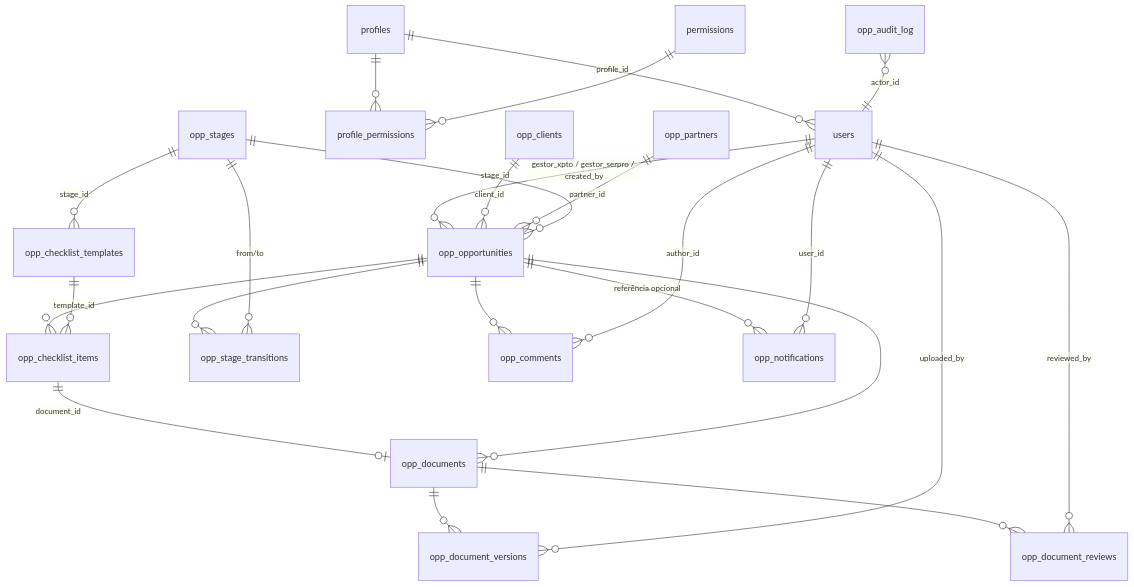
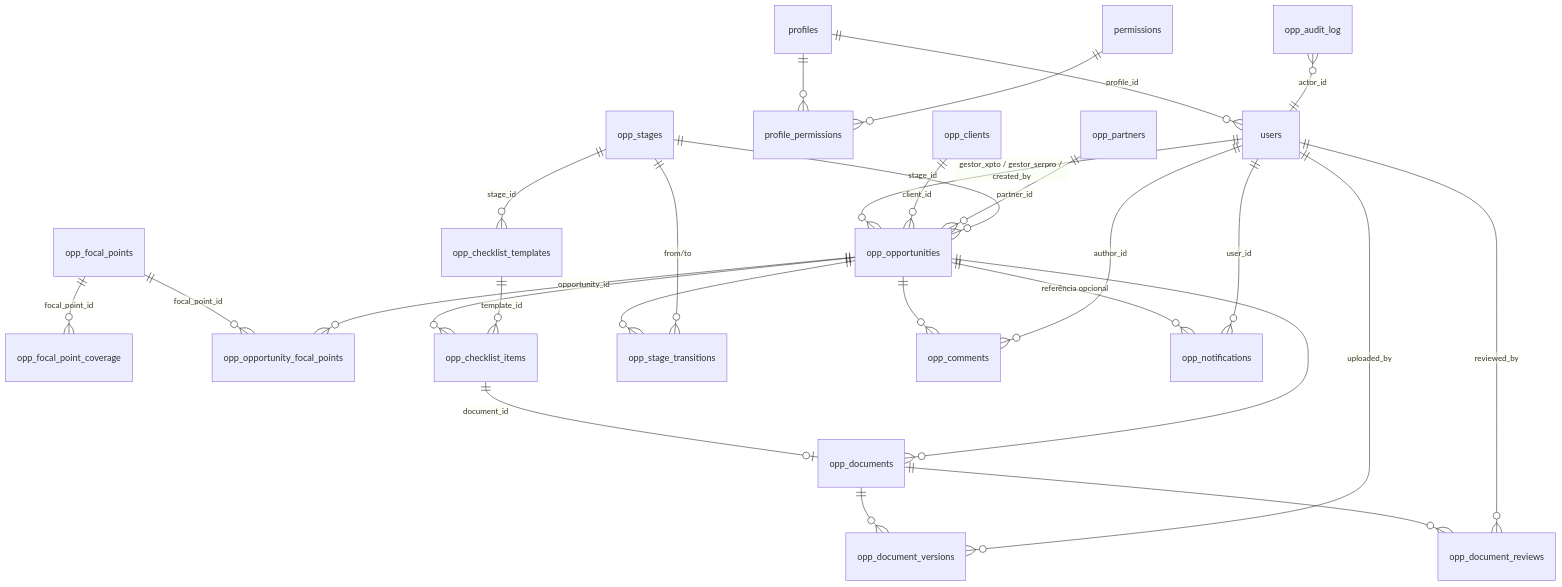
Before and after one commit to XPTOINCTECNOLOGIA/Faith: the diagram in docs/03-modelo-dados.md, drawn with Mermaid. The commit also changed other lines of this file and 8 other files, not shown here.

````diff
--- a/docs/03-modelo-dados.md
+++ b/docs/03-modelo-dados.md
@@ -9,31 +9,34 @@
 ```mermaid
 erDiagram
     users ||--o{ opp_opportunities : "gestor_xpto / gestor_serpro / created_by"
     profiles ||--o{ users : "profile_id"
     profiles ||--o{ profile_permissions : ""
     permissions ||--o{ profile_permissions : ""
 
     opp_clients ||--o{ opp_opportunities : "client_id"
     opp_partners ||--o{ opp_opportunities : "partner_id"
+    opp_focal_points ||--o{ opp_focal_point_coverage : "focal_point_id"
+    opp_focal_points ||--o{ opp_opportunity_focal_points : "focal_point_id"
+    opp_opportunities ||--o{ opp_opportunity_focal_points : "opportunity_id"
     opp_stages ||--o{ opp_opportunities : "stage_id"
     opp_stages ||--o{ opp_checklist_templates : "stage_id"
 
     opp_opportunities ||--o{ opp_checklist_items : ""
     opp_checklist_templates ||--o{ opp_checklist_items : "template_id"
     opp_checklist_items ||--o| opp_documents : "document_id"
 
     opp_opportunities ||--o{ opp_documents : ""
     opp_documents ||--o{ opp_document_versions : ""
     opp_documents ||--o{ opp_document_reviews : ""
     users ||--o{ opp_document_versions : "uploaded_by"
     users ||--o{ opp_document_reviews : "reviewed_by"
 
     opp_opportunities ||--o{ opp_stage_transitions : ""
     opp_stages ||--o{ opp_stage_transitions : "from/to"
     opp_opportunities ||--o{ opp_comments : ""
     opp_opportunities ||--o{ opp_notifications : "referência opcional"
     users ||--o{ opp_notifications : "user_id"
     users ||--o{ opp_comments : "author_id"
 
     opp_audit_log }o--|| users : "actor_id"
 ```
````
